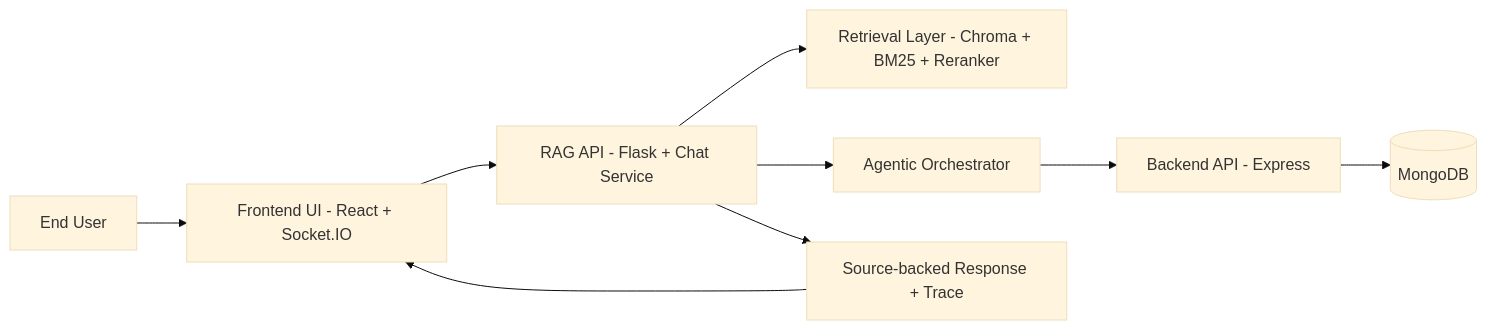
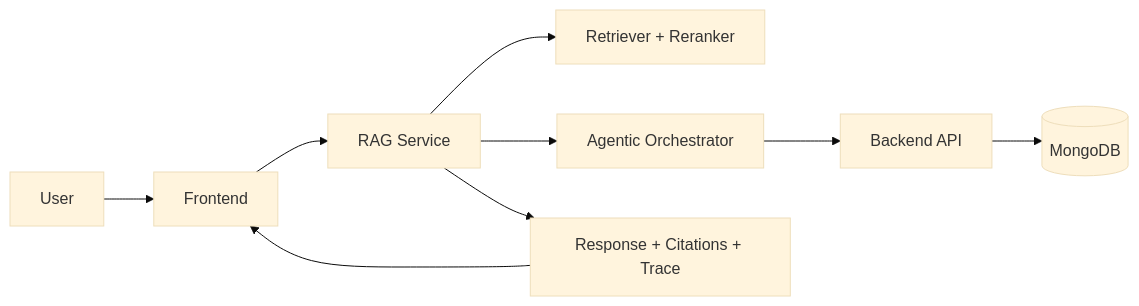
The diagram in README.md (yamposskype/AI-RAG-LangChain), drawn with Mermaid (base theme) before and after one commit. The commit also changed other lines of this file, not shown here.

````diff
--- a/README.md
+++ b/README.md
@@ -43,11 +43,11 @@
 ```mermaid
 graph LR
-    U[End User] --> FE[Frontend UI - React + Socket.IO]
-    FE --> RAG[RAG API - Flask + Chat Service]
-    RAG --> RET[Retrieval Layer - Chroma + BM25 + Reranker]
+    U[User] --> FE[Frontend]
+    FE --> RAG[RAG Service]
+    RAG --> RET[Retriever + Reranker]
     RAG --> ORCH[Agentic Orchestrator]
-    ORCH --> BE[Backend API - Express]
+    ORCH --> BE[Backend API]
     BE --> DB[(MongoDB)]
-    RAG --> RESP[Source-backed Response + Trace]
-    RESP --> FE
+    RAG --> OUT[Response + Citations + Trace]
+    OUT --> FE
 ```
````
